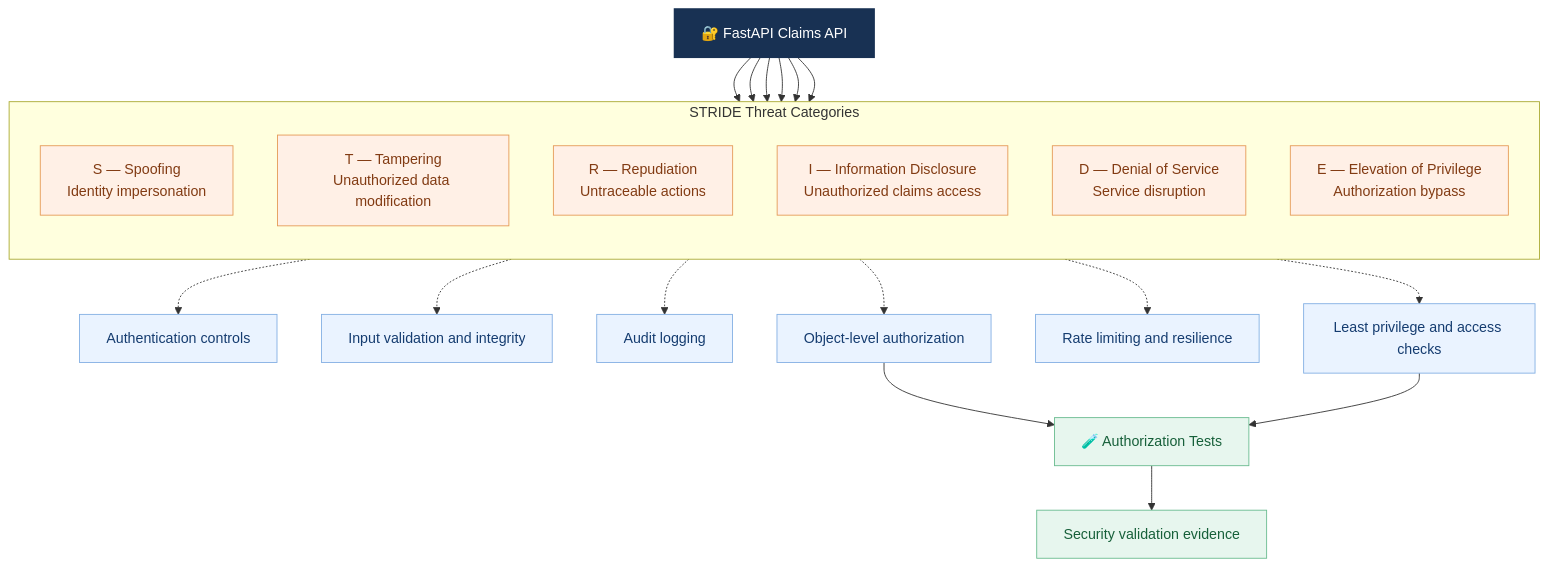
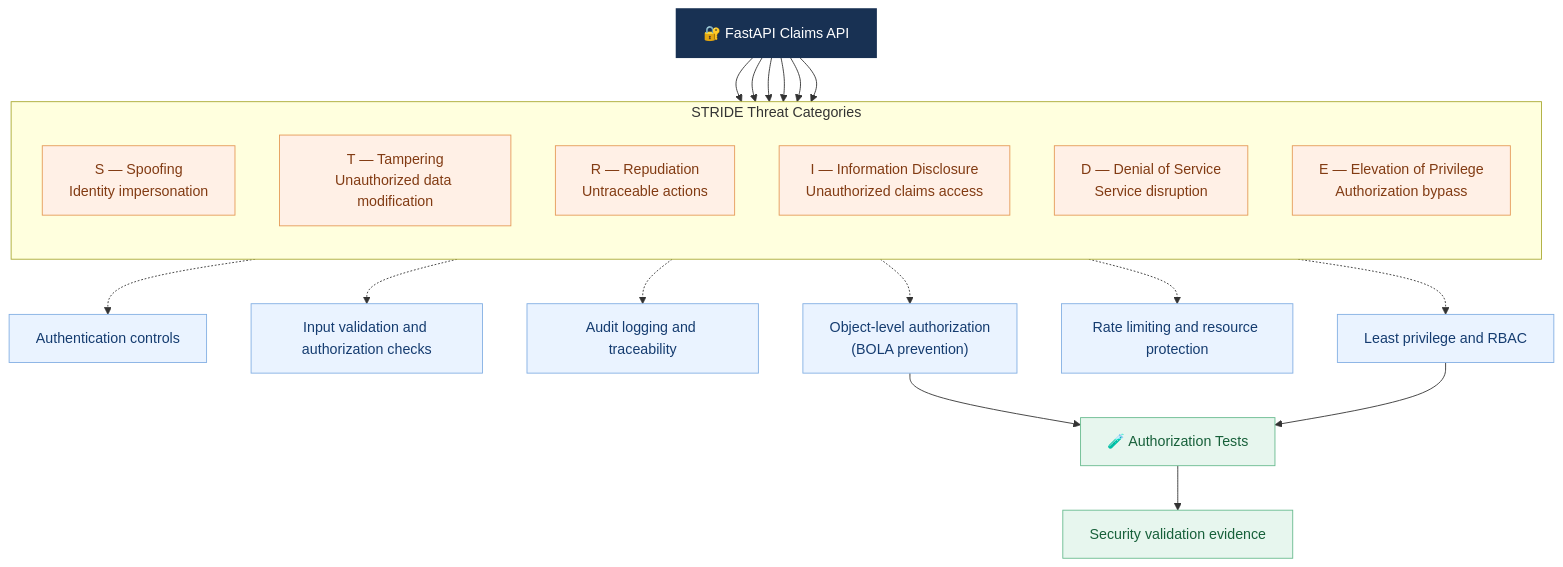
One commit to tmillan123/stride-threat-modeling-validation-lab changed the diagram in README.md. Above: the diagram before and after it, drawn with Mermaid. The commit also changed other lines of this file and 21 other files, not shown here.

````diff
--- a/README.md
+++ b/README.md
@@ -8,43 +8,44 @@
 ```mermaid
 flowchart TB
     APP["🔐 FastAPI Claims API"]
 
     subgraph STRIDE["STRIDE Threat Categories"]
         direction TB
         S["S — Spoofing<br/>Identity impersonation"]
         T["T — Tampering<br/>Unauthorized data modification"]
         R["R — Repudiation<br/>Untraceable actions"]
         I["I — Information Disclosure<br/>Unauthorized claims access"]
         D["D — Denial of Service<br/>Service disruption"]
         E["E — Elevation of Privilege<br/>Authorization bypass"]
     end
 
     APP --> S
     APP --> T
     APP --> R
     APP --> I
     APP --> D
     APP --> E
 
     S -.-> C1["Authentication controls"]
-    T -.-> C2["Input validation and integrity"]
-    R -.-> C3["Audit logging"]
-    I -.-> C4["Object-level authorization"]
-    D -.-> C5["Rate limiting and resilience"]
-    E -.-> C6["Least privilege and access checks"]
+    T -.-> C2["Input validation and authorization checks"]
+    R -.-> C3["Audit logging and traceability"]
+    I -.-> C4["Object-level authorization 
+    (BOLA prevention)"]
+    D -.-> C5["Rate limiting and resource protection"]
+    E -.-> C6["Least privilege and RBAC"]
 
     C4 --> TEST["🧪 Authorization Tests"]
     C6 --> TEST
 
     TEST --> RESULT["Security validation evidence"]
 
     classDef application fill:#183153,color:#ffffff,stroke:#183153,stroke-width:2px
     classDef threat fill:#fff0e6,color:#823b13,stroke:#e59a57
     classDef control fill:#eaf3ff,color:#153c70,stroke:#83afe3
     classDef validation fill:#e7f6ee,color:#17603a,stroke:#69bb8f
 
     class APP application
     class S,T,R,I,D,E threat
     class C1,C2,C3,C4,C5,C6 control
     class TEST,RESULT validation
 ```
````
